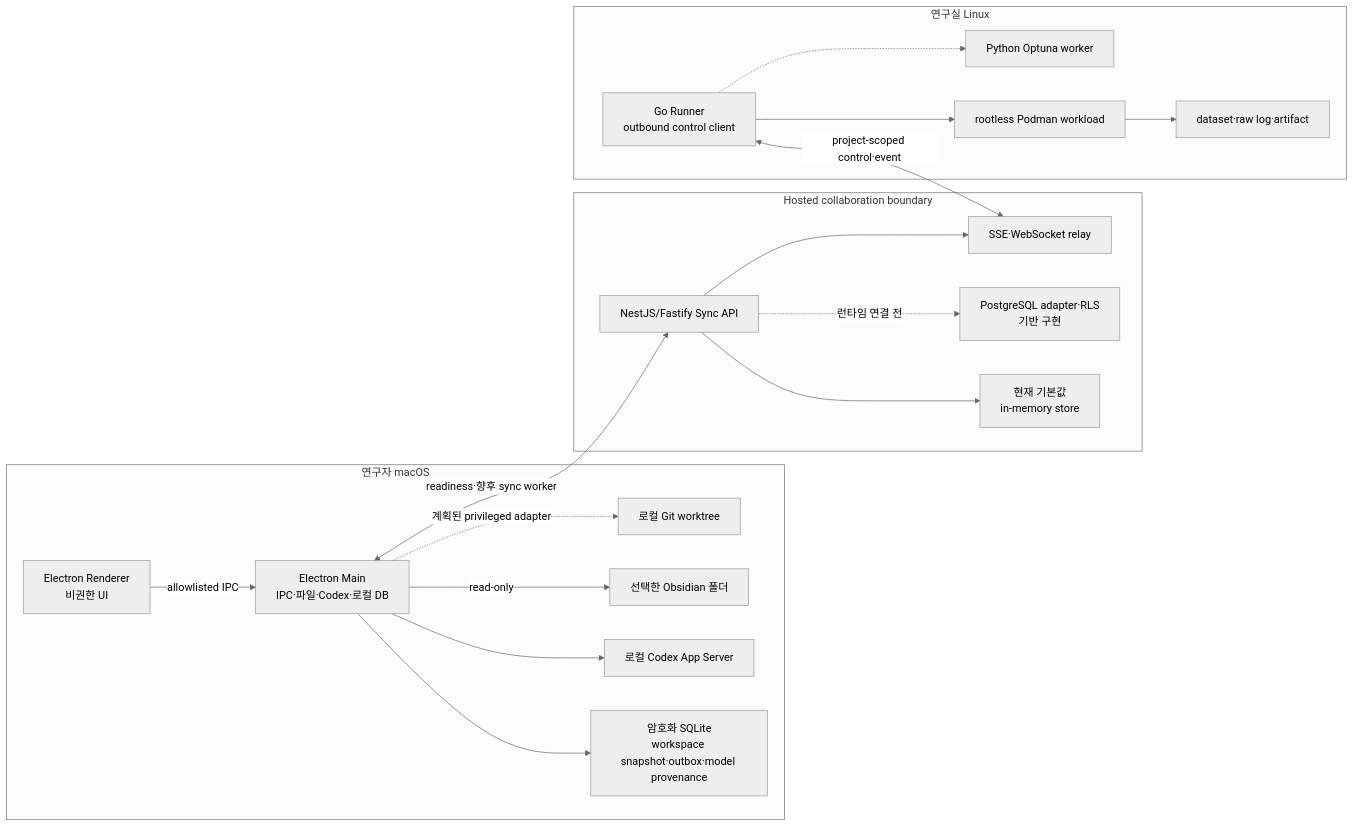
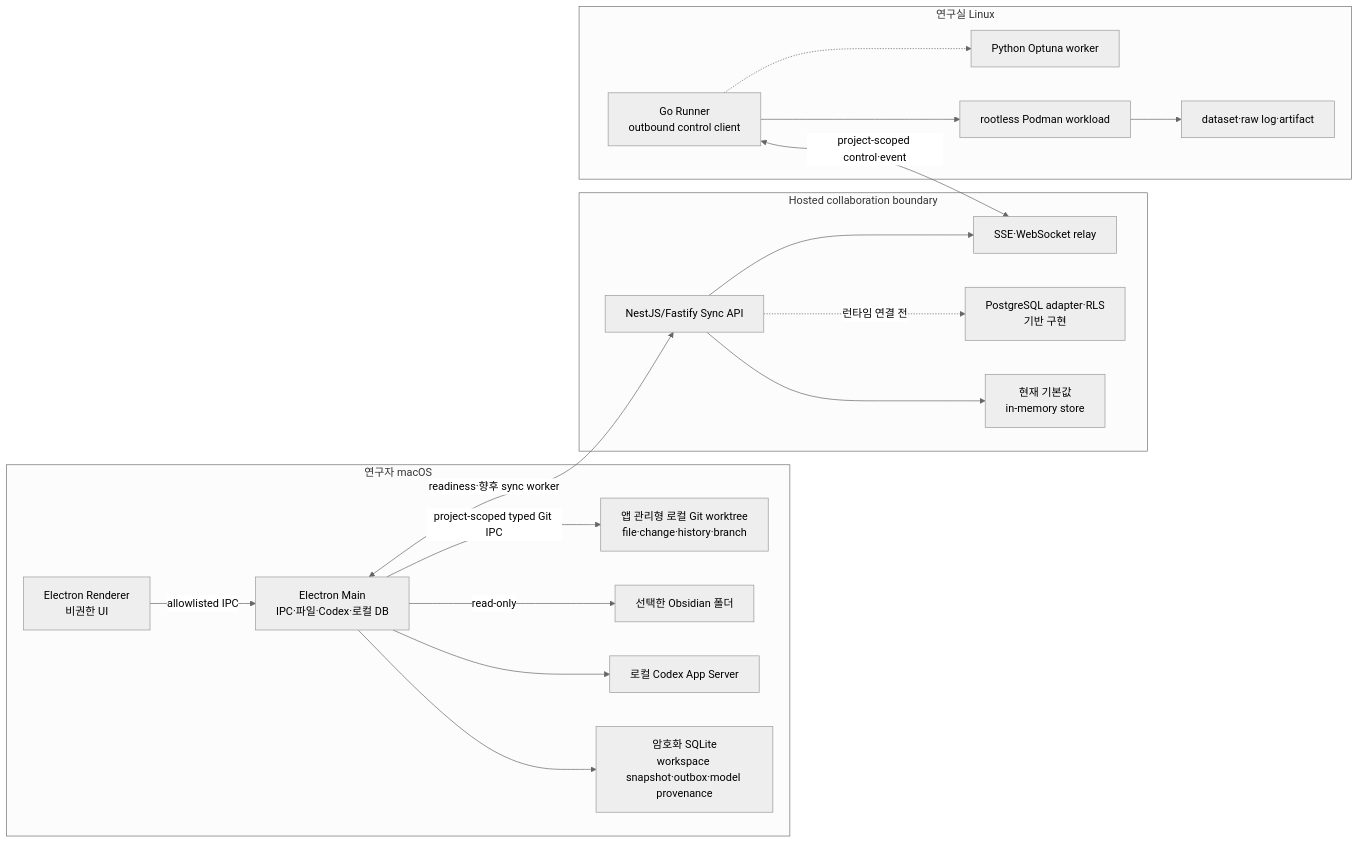
Before and after one commit to gli-minsuk-shin/GOSU: the first of 6 diagrams in docs/ARCHITECTURE.md, drawn with Mermaid (neutral theme). The commit also changed other lines of this file and 33 other files, not shown here.

````diff
--- a/docs/ARCHITECTURE.md
+++ b/docs/ARCHITECTURE.md
@@ -45,39 +45,39 @@
 ```mermaid
 flowchart LR
   subgraph Mac["연구자 macOS"]
     Renderer["Electron Renderer\n비권한 UI"]
     Main["Electron Main\nIPC·파일·Codex·로컬 DB"]
     LocalDB["암호화 SQLite\nworkspace snapshot·outbox·model provenance"]
     Codex["로컬 Codex App Server"]
     Vault["선택한 Obsidian 폴더"]
-    Git["로컬 Git worktree"]
+    Git["앱 관리형 로컬 Git worktree\nfile·change·history·branch"]
   end
 
   subgraph Hosted["Hosted collaboration boundary"]
     API["NestJS/Fastify Sync API"]
     Memory["현재 기본값\nin-memory store"]
     Postgres["PostgreSQL adapter·RLS\n기반 구현"]
     Relay["SSE·WebSocket relay"]
   end
 
   subgraph Lab["연구실 Linux"]
     Runner["Go Runner\noutbound control client"]
     Podman["rootless Podman workload"]
     Artifacts["dataset·raw log·artifact"]
     Optimizer["Python Optuna worker"]
   end
 
   Renderer -->|"allowlisted IPC"| Main
   Main --> LocalDB
   Main --> Codex
   Main -->|"read-only"| Vault
-  Main -.->|"계획된 privileged adapter"| Git
+  Main -->|"project-scoped typed Git IPC"| Git
   Main <-->|"readiness·향후 sync worker"| API
   API --> Memory
   API -.->|"런타임 연결 전"| Postgres
   API --> Relay
   Runner <-->|"project-scoped control·event"| Relay
   Runner --> Podman
   Podman --> Artifacts
   Runner -.-> Optimizer
 ```
````
